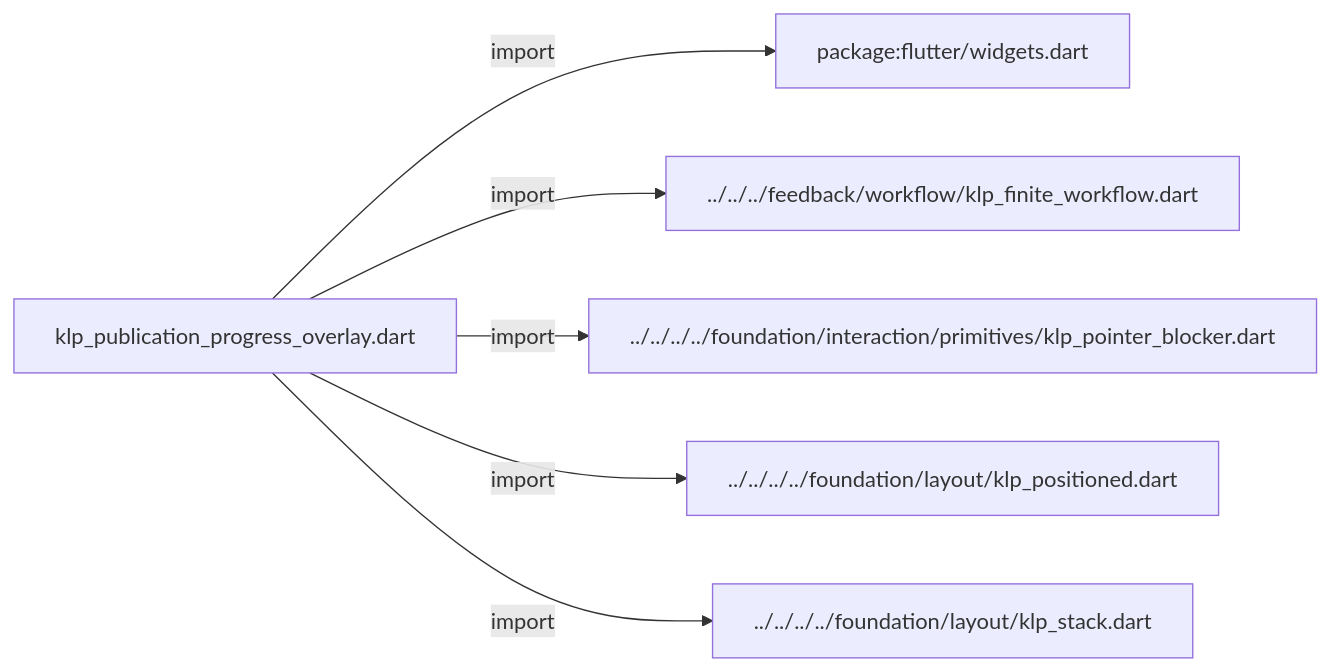
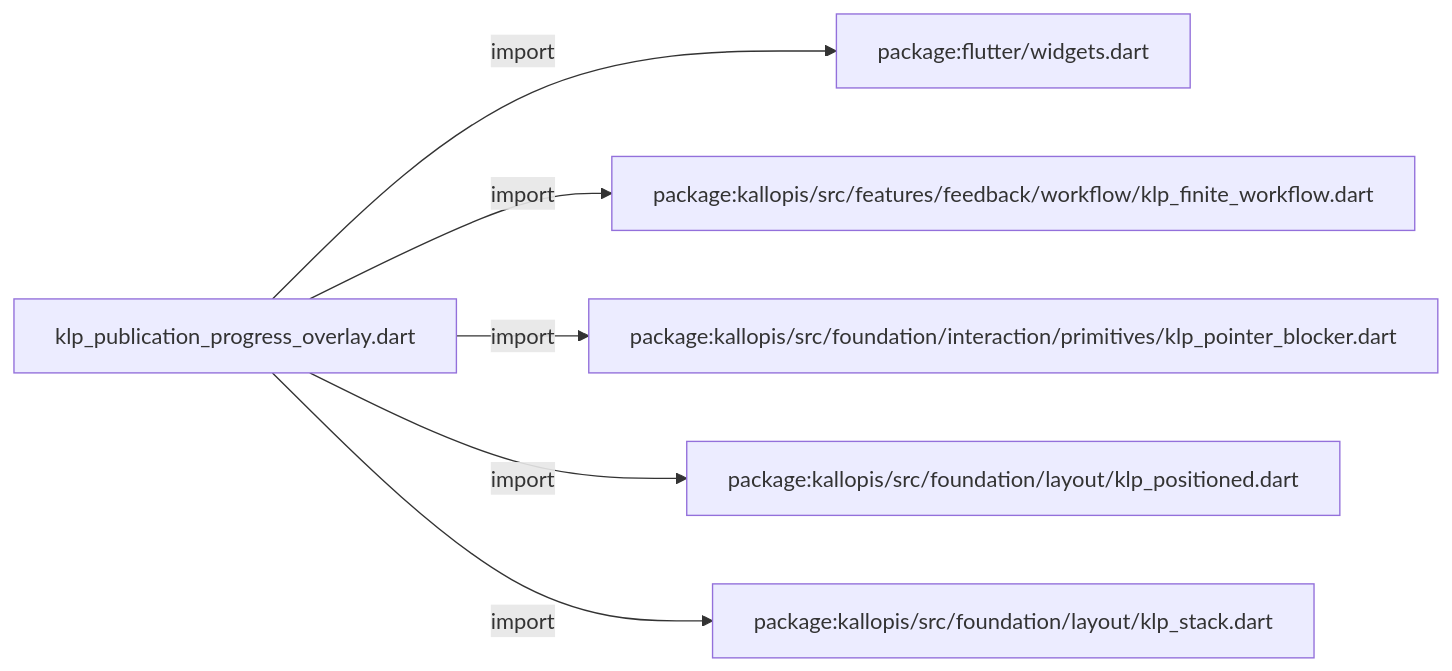
The first of 3 diagrams in docs/architecture/src/features/navigation/widgets/preview_tree/klp_publication_progress_overlay.md (MiuDog/Kallopis), drawn with Mermaid before and after one commit. The commit also changed other lines of this file and 9688 other files, not shown here.

Commit message:
Prepare isolated Flow F2 peer baseline

````diff
--- a/docs/architecture/src/features/navigation/widgets/preview_tree/klp_publication_progress_overlay.md
+++ b/docs/architecture/src/features/navigation/widgets/preview_tree/klp_publication_progress_overlay.md
@@ -11,14 +11,14 @@
 ```mermaid
 flowchart LR
 	n0["klp_publication_progress_overlay.dart"]
 	n1["package:flutter/widgets.dart"]
-	n2["../../../feedback/workflow/klp_finite_workflow.dart"]
-	n3["../../../../foundation/interaction/primitives/klp_pointer_blocker.dart"]
-	n4["../../../../foundation/layout/klp_positioned.dart"]
-	n5["../../../../foundation/layout/klp_stack.dart"]
+	n2["package:kallopis/src/features/feedback/workflow/klp_finite_workflow.dart"]
+	n3["package:kallopis/src/foundation/interaction/primitives/klp_pointer_blocker.dart"]
+	n4["package:kallopis/src/foundation/layout/klp_positioned.dart"]
+	n5["package:kallopis/src/foundation/layout/klp_stack.dart"]
 	n0 -->|"import"| n1
 	n0 -->|"import"| n2
 	n0 -->|"import"| n3
 	n0 -->|"import"| n4
 	n0 -->|"import"| n5
 ```
````
